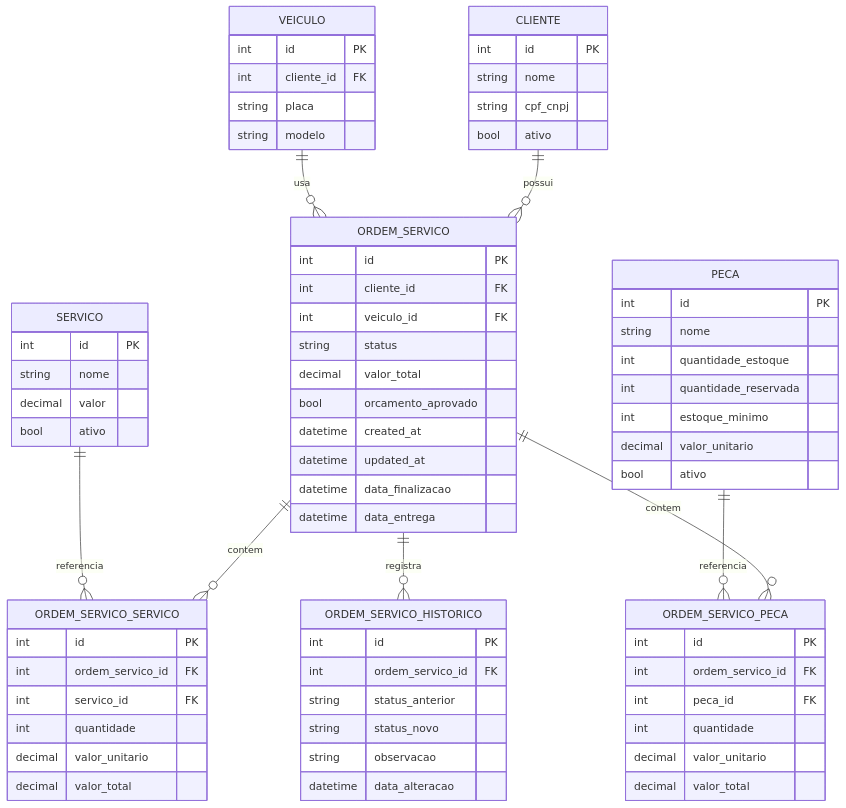
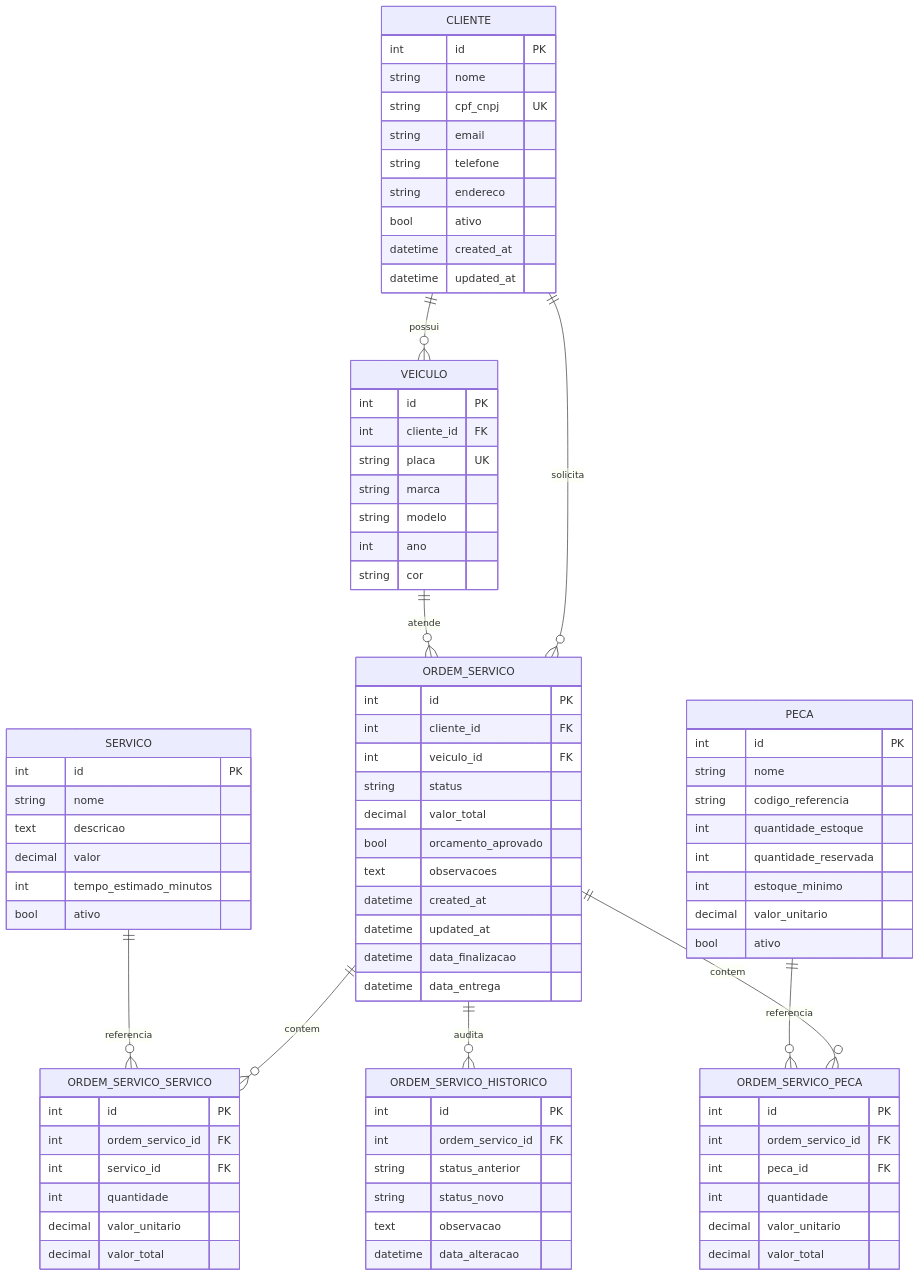
One commit to jptureta/PosTechFiap_Mecanica_app-k8s changed the fourth of 5 diagrams in docs/arquitetura.md. Above: the diagram before and after it, drawn with Mermaid. The commit also changed other lines of this file and 12 other files, not shown here.

````diff
--- a/docs/arquitetura.md
+++ b/docs/arquitetura.md
@@ -254,27 +261,34 @@
 ```mermaid
 erDiagram
-    CLIENTE ||--o{ ORDEM_SERVICO : possui
-    VEICULO ||--o{ ORDEM_SERVICO : usa
+    CLIENTE ||--o{ VEICULO : possui
+    CLIENTE ||--o{ ORDEM_SERVICO : solicita
+    VEICULO ||--o{ ORDEM_SERVICO : atende
     ORDEM_SERVICO ||--o{ ORDEM_SERVICO_SERVICO : contem
     SERVICO ||--o{ ORDEM_SERVICO_SERVICO : referencia
-
     ORDEM_SERVICO ||--o{ ORDEM_SERVICO_PECA : contem
     PECA ||--o{ ORDEM_SERVICO_PECA : referencia
-
-    ORDEM_SERVICO ||--o{ ORDEM_SERVICO_HISTORICO : registra
+    ORDEM_SERVICO ||--o{ ORDEM_SERVICO_HISTORICO : audita
 
     CLIENTE {
         int id PK
         string nome
-        string cpf_cnpj
+        string cpf_cnpj UK
+        string email
+        string telefone
+        string endereco
         bool ativo
+        datetime created_at
+        datetime updated_at
     }
 
     VEICULO {
         int id PK
         int cliente_id FK
-        string placa
+        string placa UK
+        string marca
         string modelo
+        int ano
+        string cor
     }
 
     ORDEM_SERVICO {
@@ -284,6 +298,7 @@
         string status
         decimal valor_total
         bool orcamento_aprovado
+        text observacoes
         datetime created_at
         datetime updated_at
         datetime data_finalizacao
@@ -293,13 +308,16 @@
     SERVICO {
         int id PK
         string nome
+        text descricao
         decimal valor
+        int tempo_estimado_minutos
         bool ativo
     }
 
     PECA {
         int id PK
         string nome
+        string codigo_referencia
         int quantidade_estoque
         int quantidade_reservada
         int estoque_minimo
@@ -330,7 +348,7 @@
         int ordem_servico_id FK
         string status_anterior
         string status_novo
-        string observacao
+        text observacao
         datetime data_alteracao
     }
 ```
````
